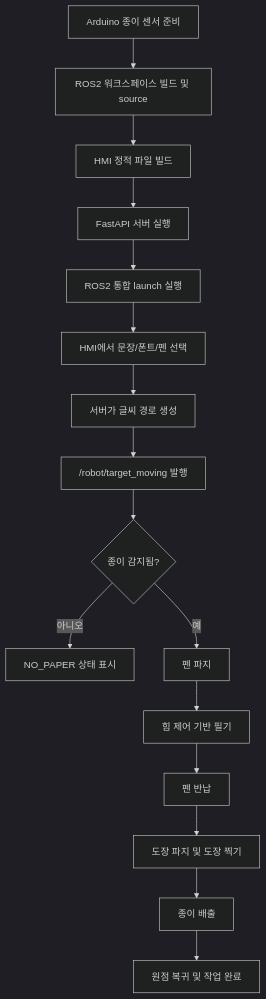
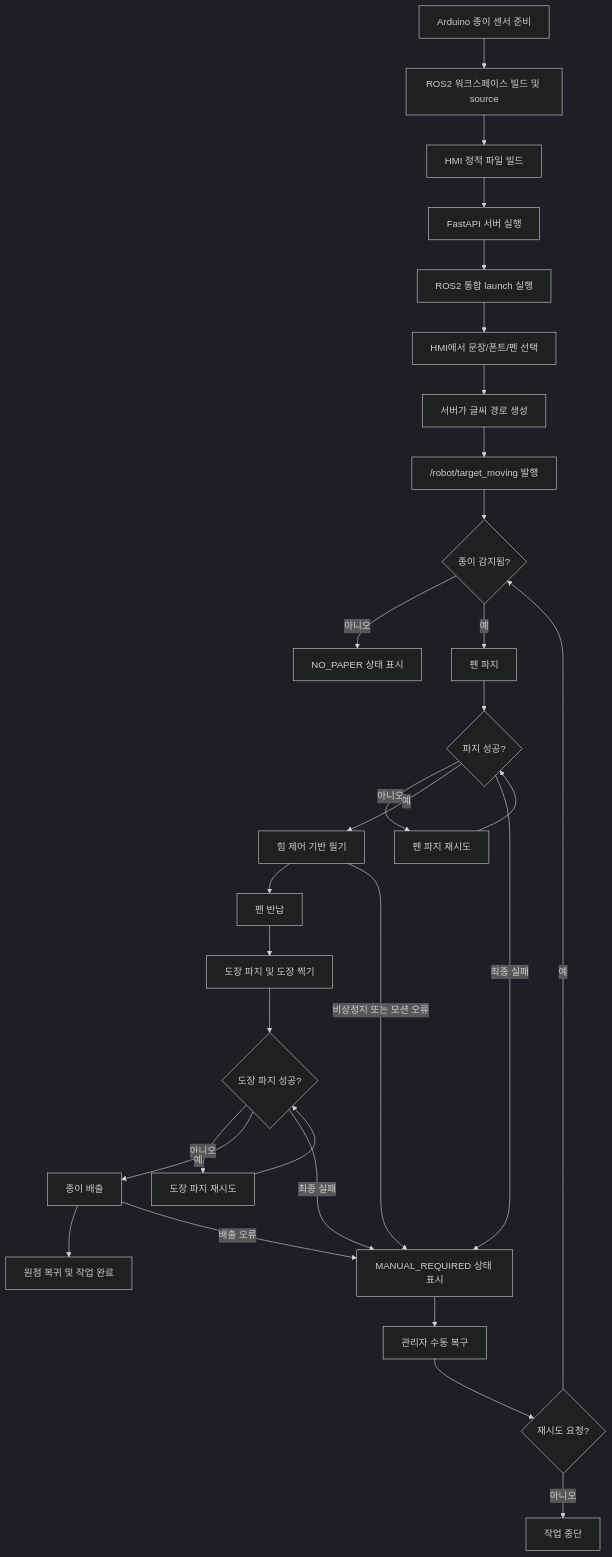
The second of 2 diagrams in README.md (habin-k/robot-arm-writing), drawn with Mermaid (dark theme) before and after one commit. The commit also changed other lines of this file, not shown here.

````diff
--- a/README.md
+++ b/README.md
@@ -38,18 +38,33 @@
 ```mermaid
 flowchart TD
     A[Arduino 종이 센서 준비] --> B[ROS2 워크스페이스 빌드 및 source]
     B --> C[HMI 정적 파일 빌드]
     C --> D[FastAPI 서버 실행]
     D --> E[ROS2 통합 launch 실행]
     E --> F[HMI에서 문장/폰트/펜 선택]
     F --> G[서버가 글씨 경로 생성]
     G --> H["/robot/target_moving 발행"]
     H --> I{"종이 감지됨?"}
     I -- 아니오 --> J[NO_PAPER 상태 표시]
     I -- 예 --> K[펜 파지]
-    K --> L[힘 제어 기반 필기]
+    K --> K1{"파지 성공?"}
+    K1 -- 아니오 --> K2[펜 파지 재시도]
+    K2 --> K1
+    K1 -- 예 --> L[힘 제어 기반 필기]
     L --> M[펜 반납]
     M --> N[도장 파지 및 도장 찍기]
-    N --> O[종이 배출]
+    N --> N1{"도장 파지 성공?"}
+    N1 -- 아니오 --> N2[도장 파지 재시도]
+    N2 --> N1
+    N1 -- 예 --> O[종이 배출]
     O --> P[원점 복귀 및 작업 완료]
+
+    K1 -- 최종 실패 --> Q[MANUAL_REQUIRED 상태 표시]
+    N1 -- 최종 실패 --> Q
+    L -- 비상정지 또는 모션 오류 --> Q
+    O -- 배출 오류 --> Q
+    Q --> R[관리자 수동 복구]
+    R --> S{"재시도 요청?"}
+    S -- 예 --> I
+    S -- 아니오 --> T[작업 중단]
 ```
````
